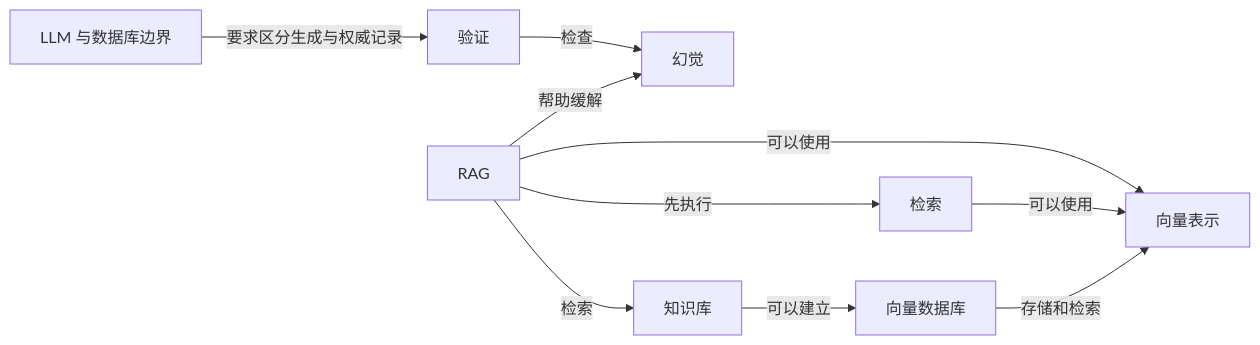
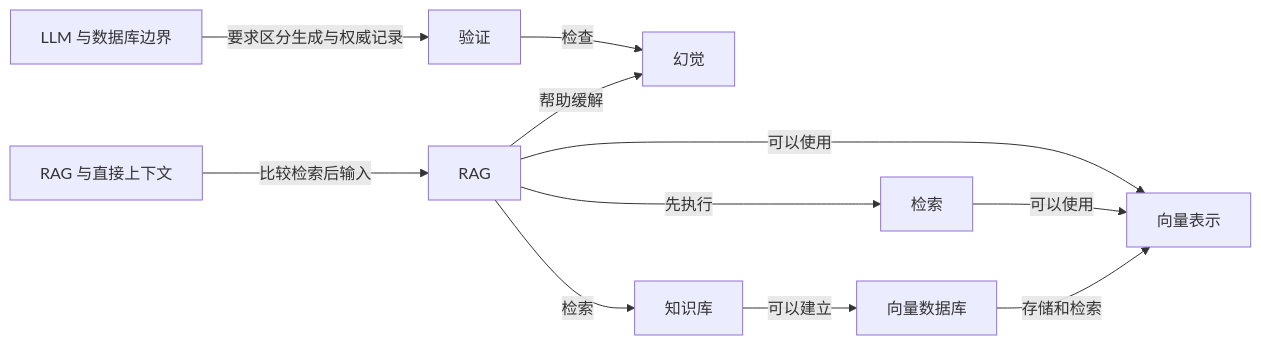
Before and after one commit to z-Zihan/LLM-101: the fourth of 9 diagrams in 知识网络.md, drawn with Mermaid. The commit also changed other lines of this file and 15 other files, not shown here.

````diff
--- a/知识网络.md
+++ b/知识网络.md
@@ -178,20 +181,22 @@
 ```mermaid
 flowchart LR
     n_hallucination["幻觉"]
     n_verification["验证"]
     n_database_boundary["LLM 与数据库边界"]
     n_rag["RAG"]
     n_knowledge_base["知识库"]
     n_embedding["向量表示"]
     n_vector_database["向量数据库"]
     n_retrieval["检索"]
+    n_rag_prompt_context["RAG 与直接上下文"]
+    n_rag_prompt_context -->|"比较检索后输入"| n_rag
     n_database_boundary -->|"要求区分生成与权威记录"| n_verification
     n_verification -->|"检查"| n_hallucination
     n_rag -->|"帮助缓解"| n_hallucination
     n_rag -->|"可以使用"| n_embedding
     n_rag -->|"检索"| n_knowledge_base
     n_knowledge_base -->|"可以建立"| n_vector_database
     n_rag -->|"先执行"| n_retrieval
     n_retrieval -->|"可以使用"| n_embedding
     n_vector_database -->|"存储和检索"| n_embedding
 ```
````
